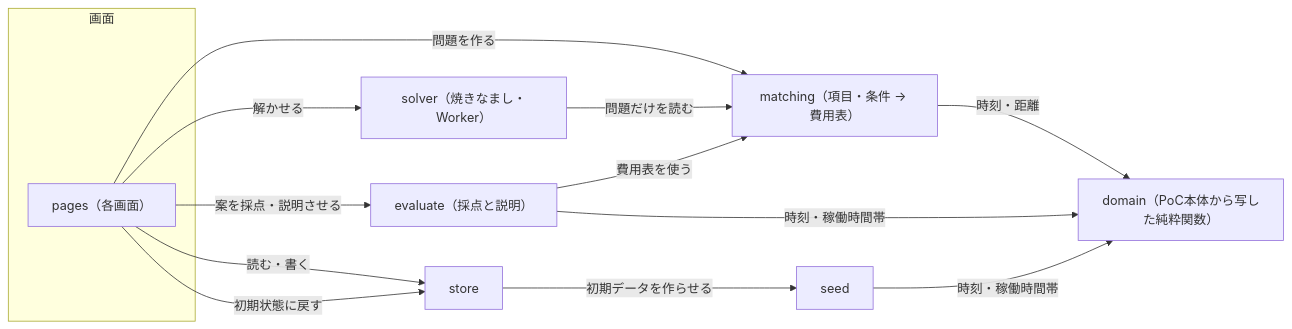
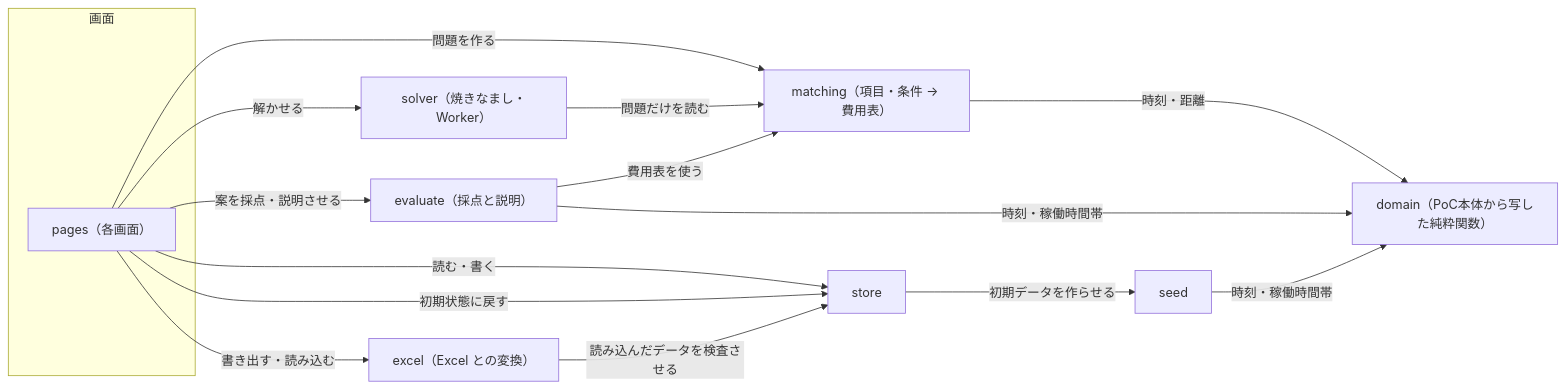
Before and after one commit to katahimo-dev/visit-route-demo: the third of 3 diagrams in docs/design.md, drawn with Mermaid. The commit also changed other lines of this file and 3 other files, not shown here.

````diff
--- a/docs/design.md
+++ b/docs/design.md
@@ -63,23 +63,26 @@
 ```mermaid
 flowchart LR
   subgraph ui["画面"]
     pages["pages（各画面）"]
   end
   store["store"]
   seed["seed"]
   domain["domain（PoC本体から写した純粋関数）"]
   matching["matching（項目・条件 → 費用表）"]
   solver["solver（焼きなまし・Worker）"]
   evaluate["evaluate（採点と説明）"]
+  excel["excel（Excel との変換）"]
   pages -->|読む・書く| store
   pages -->|初期状態に戻す| store
   store -->|初期データを作らせる| seed
   pages -->|問題を作る| matching
   pages -->|解かせる| solver
   pages -->|案を採点・説明させる| evaluate
   matching -->|時刻・距離| domain
   solver -->|問題だけを読む| matching
   evaluate -->|費用表を使う| matching
   evaluate -->|時刻・稼働時間帯| domain
   seed -->|時刻・稼働時間帯| domain
+  pages -->|書き出す・読み込む| excel
+  excel -->|読み込んだデータを検査させる| store
 ```
````
